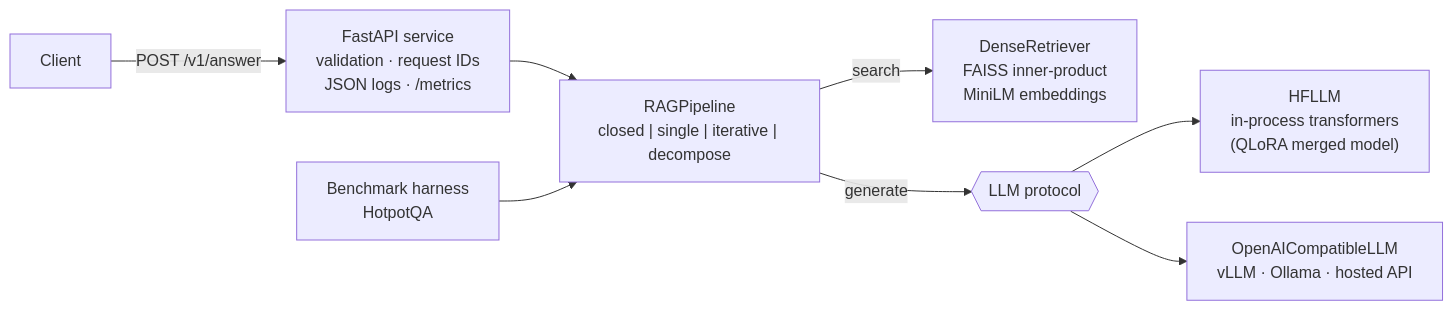
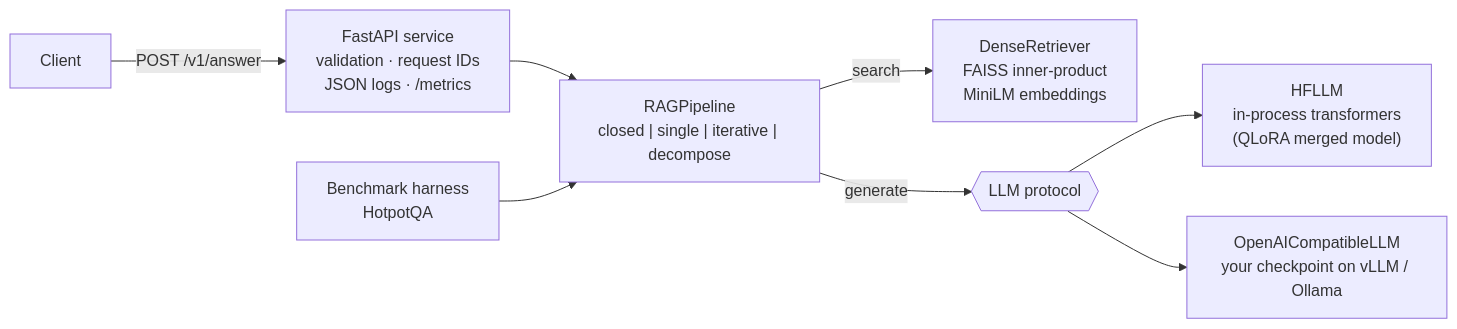
Before and after one commit to a1if/qlora-multihop-rag: the first of 2 diagrams in README.md, drawn with Mermaid. The commit also changed other lines of this file and 7 other files, not shown here.

````diff
--- a/README.md
+++ b/README.md
@@ -29,10 +29,10 @@
 ```mermaid
 flowchart LR
     C["Client"] -->|POST /v1/answer| API["FastAPI service<br/>validation · request IDs<br/>JSON logs · /metrics"]
     API --> P["RAGPipeline<br/>closed | single | iterative | decompose"]
     P -->|search| R["DenseRetriever<br/>FAISS inner-product<br/>MiniLM embeddings"]
     P -->|generate| L{{"LLM protocol"}}
     L --> HF["HFLLM<br/>in-process transformers<br/>(QLoRA merged model)"]
-    L --> OA["OpenAICompatibleLLM<br/>vLLM · Ollama · hosted API"]
+    L --> OA["OpenAICompatibleLLM<br/>your checkpoint on vLLM / Ollama"]
     E["Benchmark harness<br/>HotpotQA"] --> P
 ```
````
